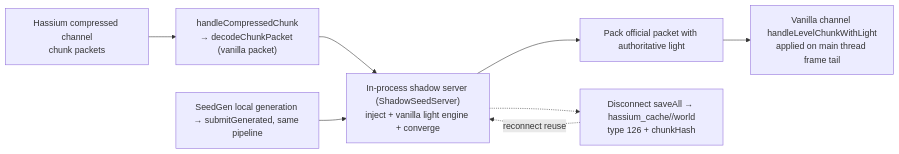
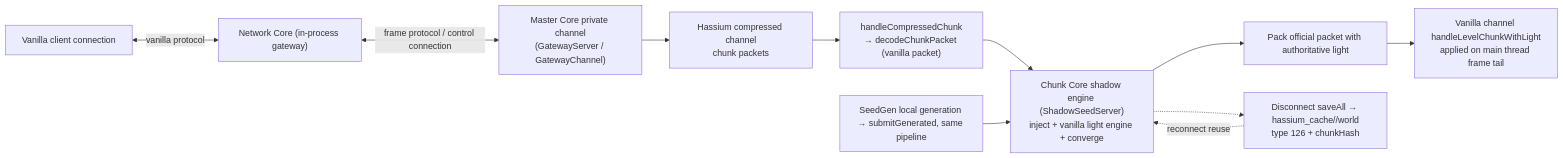
One commit to limuqy/Hassium changed the diagram in README-en.md. Above: the diagram before and after it, drawn with Mermaid. The commit also changed other lines of this file and 6 other files, not shown here.

````diff
--- a/README-en.md
+++ b/README-en.md
@@ -123,15 +124,20 @@
 ```mermaid
 flowchart LR
+    client["Vanilla client connection"]
+    gw["Network Core (in-process gateway)"]
+    mc["Master Core private channel<br/>(GatewayServer / GatewayChannel)"]
     wire["Hassium compressed channel<br/>chunk packets"]
     decode["handleCompressedChunk<br/>→ decodeChunkPacket (vanilla packet)"]
-    shadow["In-process shadow server (ShadowSeedServer)<br/>inject + vanilla light engine + converge"]
+    shadow["Chunk Core shadow engine (ShadowSeedServer)<br/>inject + vanilla light engine + converge"]
     pack["Pack official packet with authoritative light"]
     apply["Vanilla channel handleLevelChunkWithLight<br/>applied on main thread frame tail"]
     save["Disconnect saveAll → hassium_cache/<serverId>/world<br/>type 126 + chunkHash"]
     regen["SeedGen local generation → submitGenerated, same pipeline"]
 
-    wire --> decode --> shadow --> pack --> apply
+    client <-->|"vanilla protocol"| gw
+    gw <-->|"frame protocol / control connection"| mc
+    mc --> wire --> decode --> shadow --> pack --> apply
     regen --> shadow
     shadow -.-> save
     save -.->|"reconnect reuse"| shadow
 ```
````
